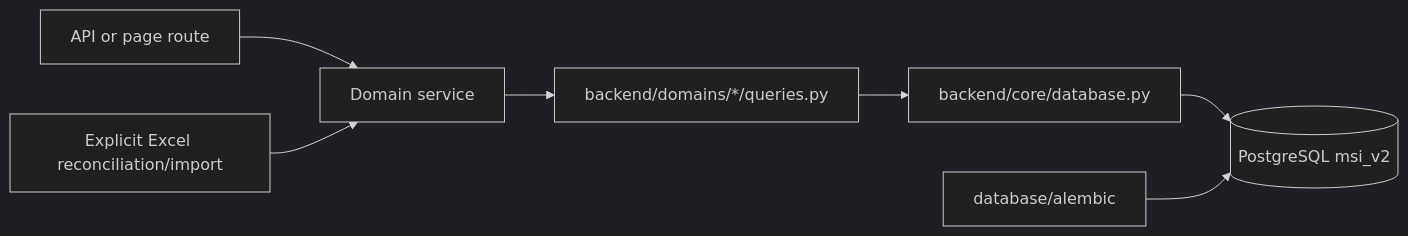
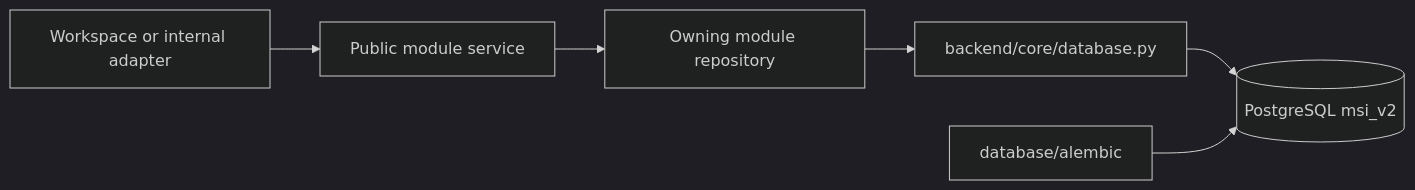
Before and after one commit to Khamid22/msischoolbot_v2: the diagram in docs/ENGINEERING_DATABASE.md, drawn with Mermaid (dark theme). The commit also changed other lines of this file and 475 other files, not shown here.

````diff
--- a/docs/ENGINEERING_DATABASE.md
+++ b/docs/ENGINEERING_DATABASE.md
@@ -9,14 +5,12 @@
 ```mermaid
 flowchart LR
-    Route[API or page route]
-    Service[Domain service]
-    Query["backend/domains/*/queries.py"]
+    Adapter[Workspace or internal adapter]
+    Service[Public module service]
+    Repository[Owning module repository]
     Core[backend/core/database.py]
     DB[(PostgreSQL msi_v2)]
     Alembic[database/alembic]
-    Import[Explicit Excel reconciliation/import]
 
-    Route --> Service --> Query --> Core --> DB
+    Adapter --> Service --> Repository --> Core --> DB
     Alembic --> DB
-    Import --> Service
 ```
````
